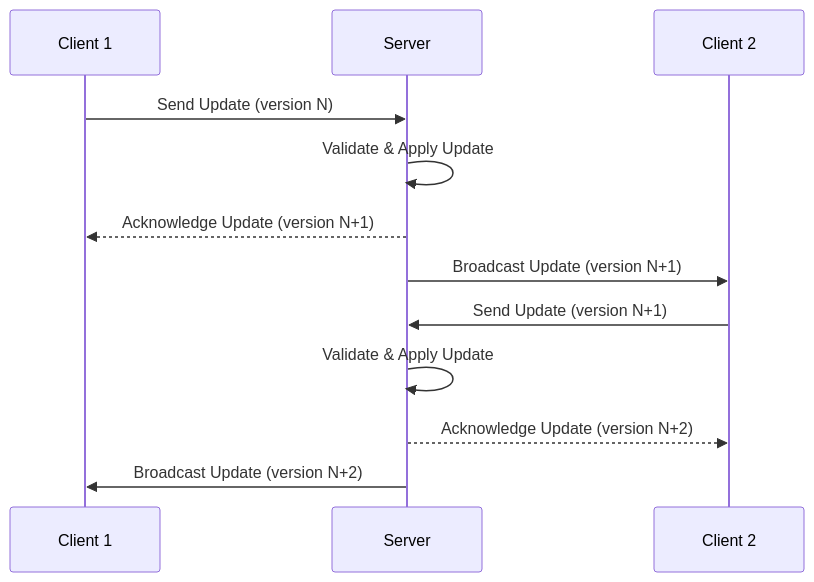
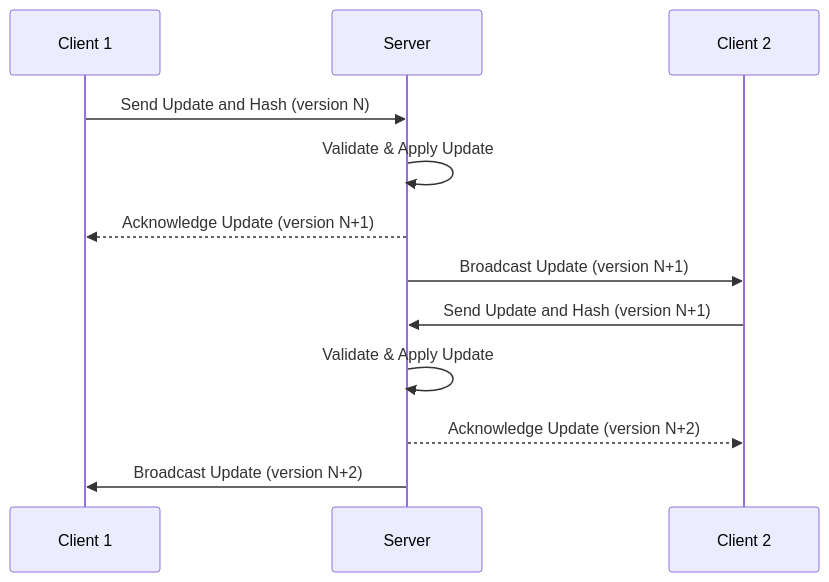
One commit to marimo-team/meps changed the first of 3 diagrams in mep-0006.md. Above: the diagram before and after it, drawn with Mermaid. The commit also changed other lines of this file, not shown here.

````diff
--- a/mep-0006.md
+++ b/mep-0006.md
@@ -47,15 +95,15 @@
 ```mermaid
 sequenceDiagram
     participant C1 as Client 1
     participant S as Server
     participant C2 as Client 2
 
-    C1->>S: Send Update (version N)
+    C1->>S: Send Update and Hash (version N)
     S->>S: Validate & Apply Update
     S-->>C1: Acknowledge Update (version N+1)
     S->>C2: Broadcast Update (version N+1)
-    C2->>S: Send Update (version N+1)
+    C2->>S: Send Update and Hash (version N+1)
     S->>S: Validate & Apply Update
     S-->>C2: Acknowledge Update (version N+2)
     S->>C1: Broadcast Update (version N+2)
 ```
````
